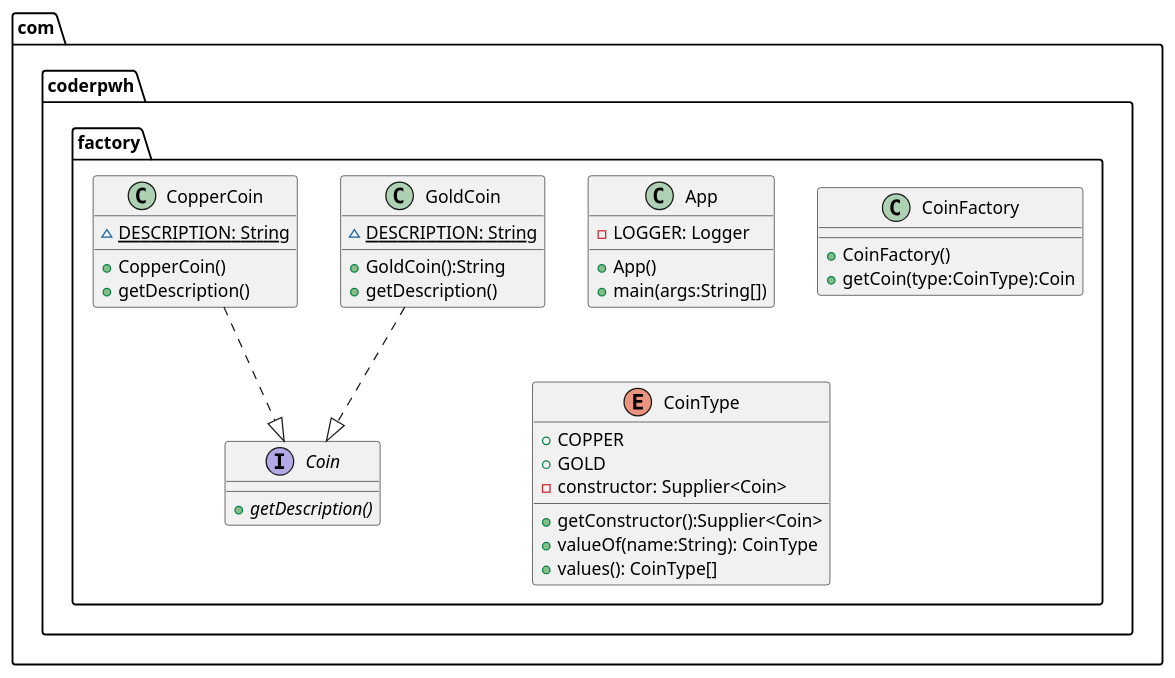
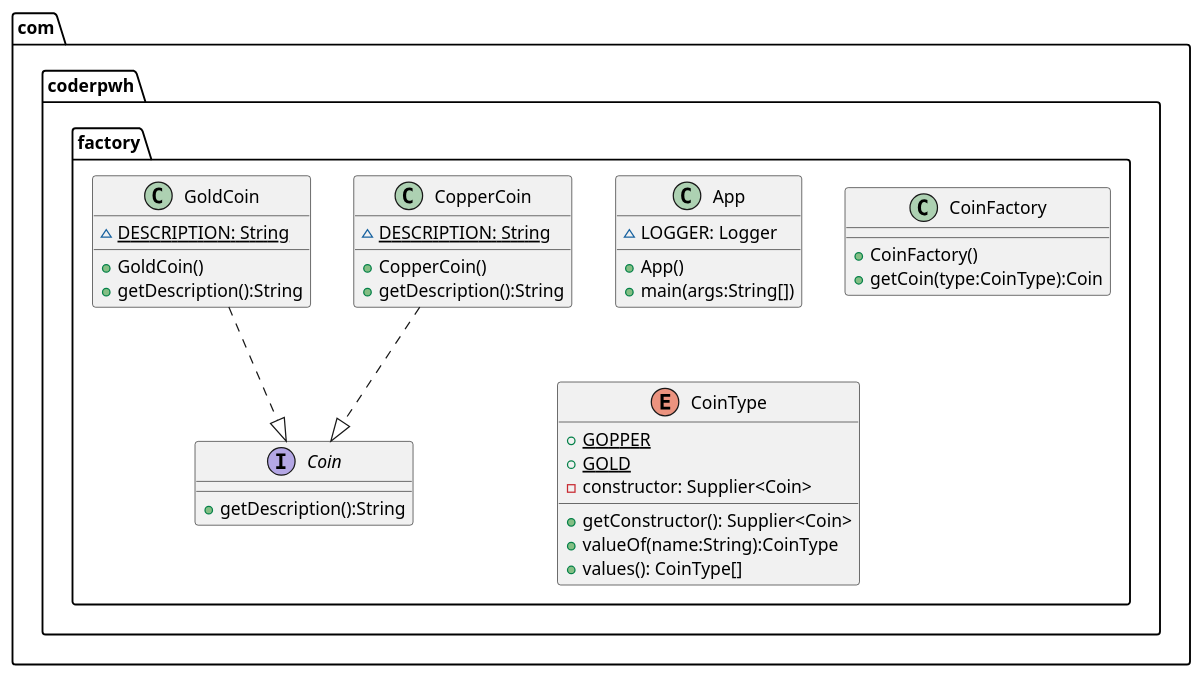
One commit to coder-PengWenHao/java-design changed the diagram in src/main/java/com/coderpwh/design/factory/etc/factory_urm.puml. Above: the diagram before and after it, drawn with PlantUML.

Commit message:
fix:update factory uml

```diff
--- a/src/main/java/com/coderpwh/design/factory/etc/factory_urm.puml
+++ b/src/main/java/com/coderpwh/design/factory/etc/factory_urm.puml
@@ -1,46 +1,47 @@
 @startuml
 package com.coderpwh.factory{
-
-
   class App{
-   - LOGGER: Logger
+   ~ LOGGER: Logger
    + App()
    + main(args:String[])
   }
 
-  class CoinFactory{
+  class  CoinFactory{
    + CoinFactory()
    + getCoin(type:CoinType):Coin
   }
 
-  enum CoinType{
-   + COPPER
-   + GOLD
-   - constructor: Supplier<Coin>
-   + getConstructor():Supplier<Coin>
-   + valueOf(name:String): CoinType
-   + values(): CoinType[]
-  }
+
+ enum CoinType{
+  + GOPPER {static}
+  + GOLD {static}
+  - constructor: Supplier<Coin>
+  + getConstructor(): Supplier<Coin>
+  + valueOf(name:String):CoinType
+  + values(): CoinType[]
+ }
+
+
 
  interface Coin{
-  + getDescription(){abstract}
+  + getDescription():String
  }
 
-   class GoldCoin{
+ class CopperCoin{
      ~ DESCRIPTION: String {static}
-     + GoldCoin():String
-     + getDescription()
-   }
+     + CopperCoin()
+     + getDescription():String
+ }
 
-  class CopperCoin{
-  ~ DESCRIPTION: String {static}
-  + CopperCoin()
-  + getDescription()
-  }
+ class  GoldCoin{
+   ~ DESCRIPTION: String {static}
+   + GoldCoin()
+   + getDescription():String
+ }
 
 
-CopperCoin ..|> Coin
-GoldCoin ..|> Coin
+ GoldCoin ..|> Coin
+ CopperCoin ..|> Coin
 
 }
 @enduml
```
